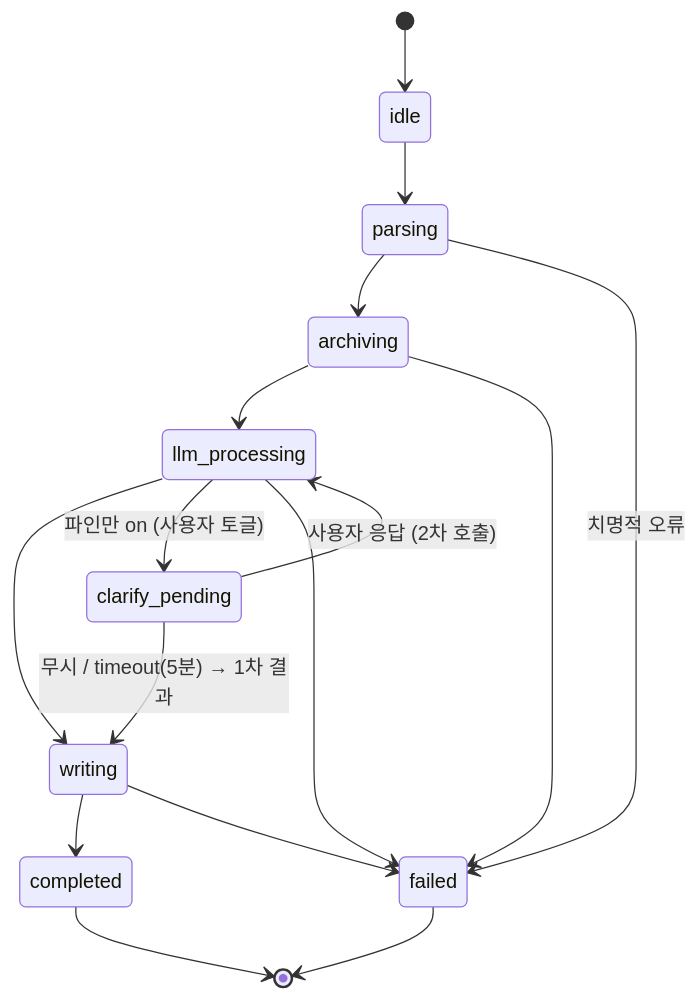
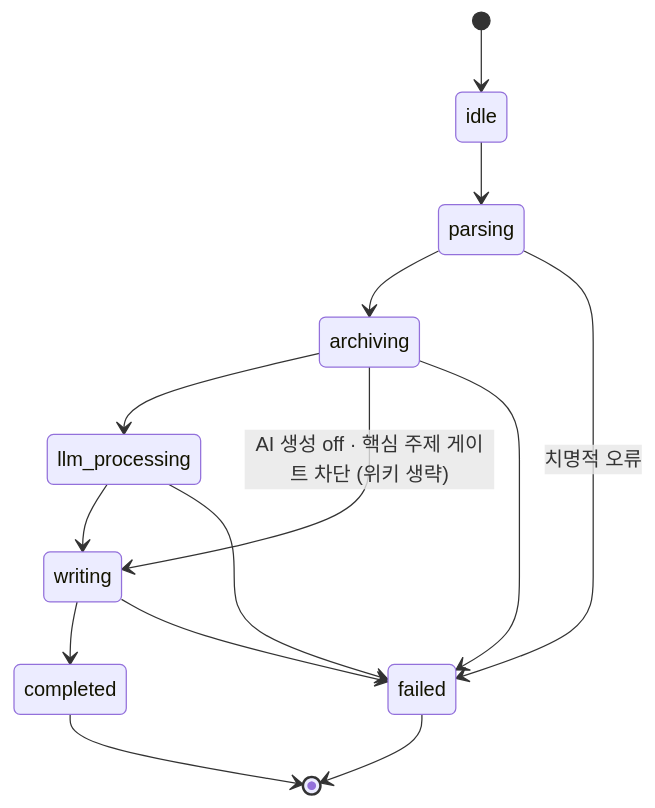
One commit to gosu1/piecepool changed the diagram in docs/20-backend/import-job-states.md. Above: the diagram before and after it, drawn with Mermaid. The commit also changed other lines of this file and 30 other files, not shown here.

````diff
--- a/docs/20-backend/import-job-states.md
+++ b/docs/20-backend/import-job-states.md
@@ -9,18 +9,16 @@
 ```mermaid
 stateDiagram-v2
     [*] --> idle
     idle --> parsing
     parsing --> archiving
     archiving --> llm_processing
+    archiving --> writing: AI 생성 off · 핵심 주제 게이트 차단 (위키 생략)
     llm_processing --> writing
-    llm_processing --> clarify_pending: 파인만 on (사용자 토글)
-    clarify_pending --> llm_processing: 사용자 응답 (2차 호출)
-    clarify_pending --> writing: 무시 / timeout(5분) → 1차 결과
     writing --> completed
     parsing --> failed: 치명적 오류
     archiving --> failed
     llm_processing --> failed
     writing --> failed
     completed --> [*]
     failed --> [*]
 ```
````
